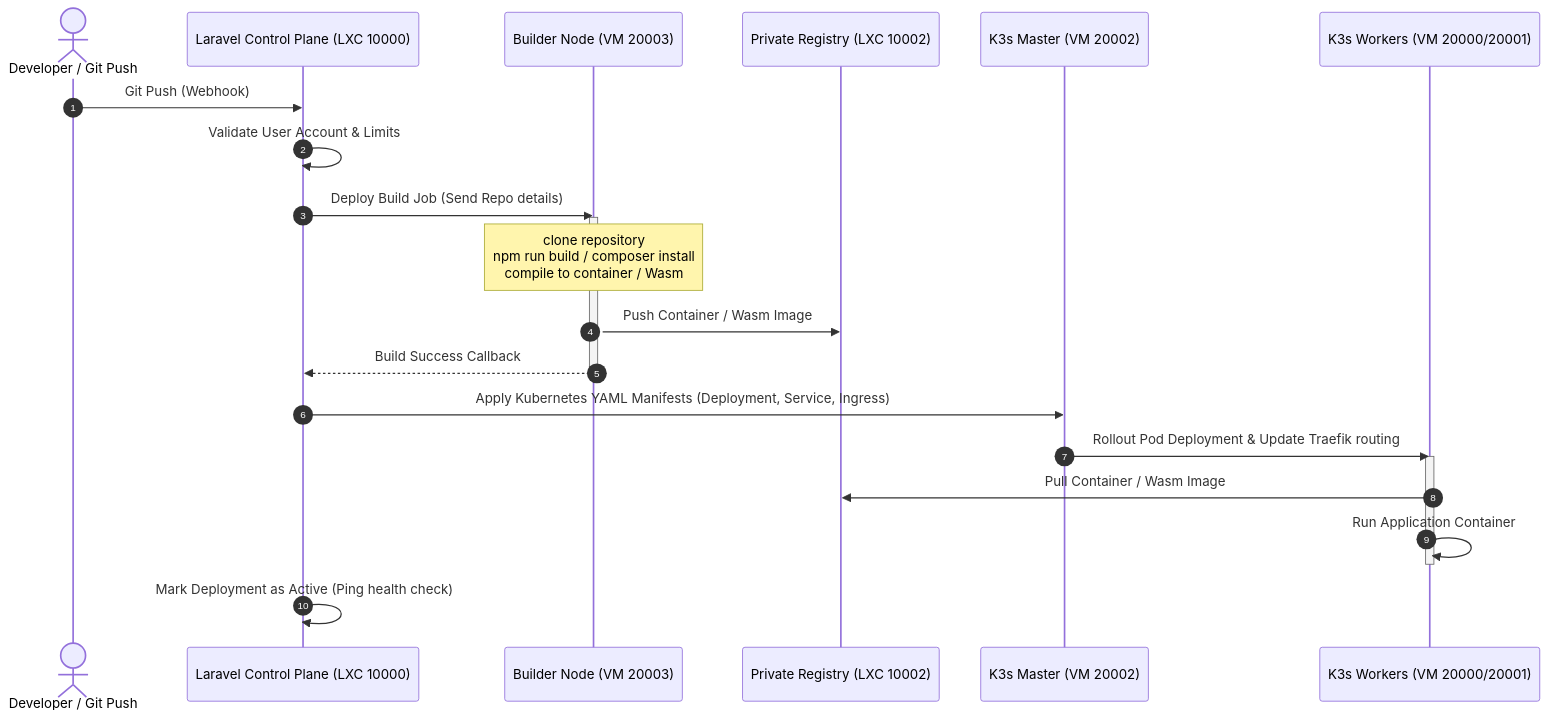
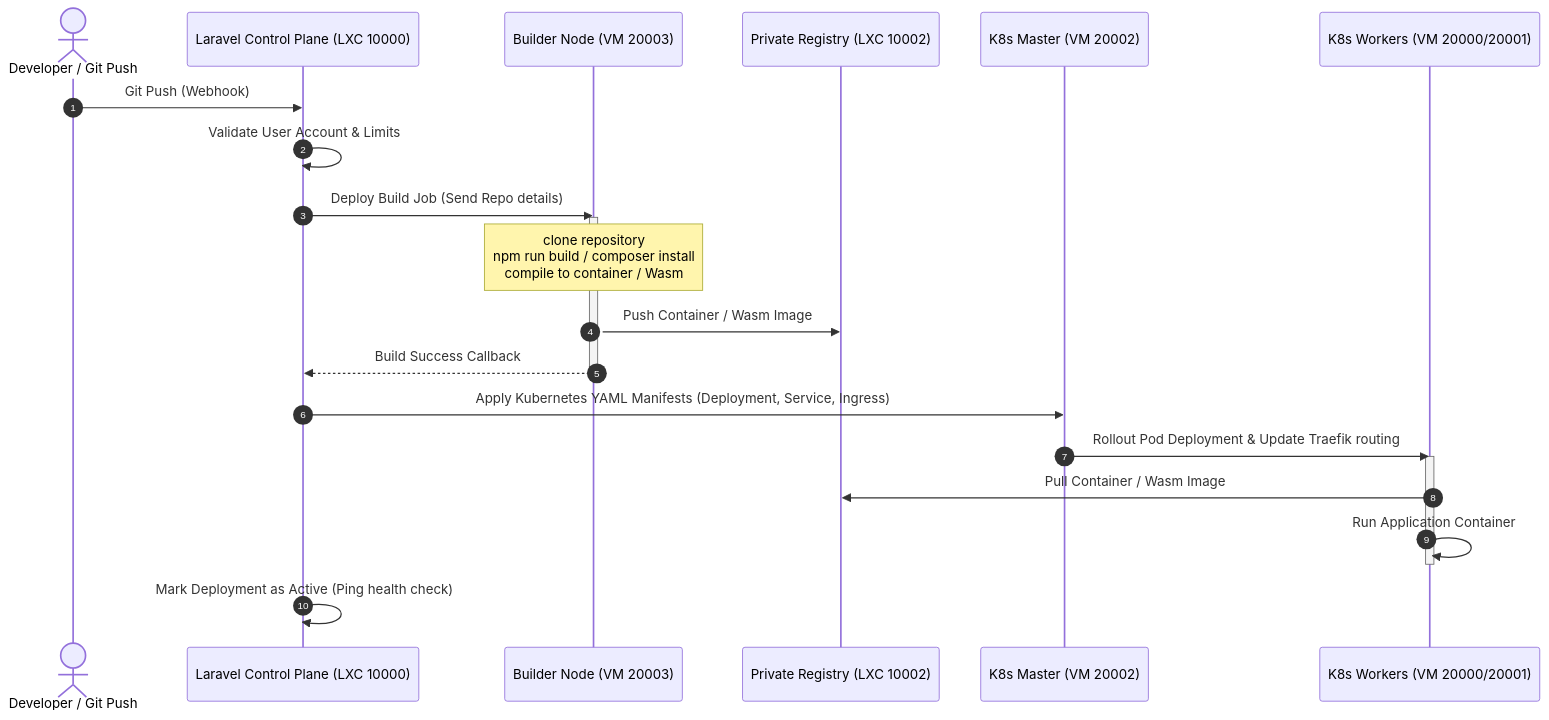
The second of 2 diagrams in network_k8s_architecture.md (dyzulk/dyzulk-cloud), drawn with Mermaid before and after one commit. The commit also changed other lines of this file and 2 other files, not shown here.

Commit message:
docs: implement standard vanilla K8s kubeadm guide and architecture updates

````diff
--- a/network_k8s_architecture.md
+++ b/network_k8s_architecture.md
@@ -214,29 +214,29 @@
 ```mermaid
 sequenceDiagram
     autonumber
     actor Developer as Developer / Git Push
     participant Laravel as Laravel Control Plane (LXC 10000)
     participant Builder as Builder Node (VM 20003)
     participant Registry as Private Registry (LXC 10002)
-    participant K3s_Master as K3s Master (VM 20002)
-    participant Workers as K3s Workers (VM 20000/20001)
+    participant K8s_Master as K8s Master (VM 20002)
+    participant Workers as K8s Workers (VM 20000/20001)
     
     Developer ->> Laravel: Git Push (Webhook)
     Laravel ->> Laravel: Validate User Account & Limits
     Laravel ->> Builder: Deploy Build Job (Send Repo details)
     
     activate Builder
     Note over Builder: clone repository<br/>npm run build / composer install<br/>compile to container / Wasm
     Builder ->> Registry: Push Container / Wasm Image
     Builder -->> Laravel: Build Success Callback
     deactivate Builder
     
-    Laravel ->> K3s_Master: Apply Kubernetes YAML Manifests (Deployment, Service, Ingress)
-    K3s_Master ->> Workers: Rollout Pod Deployment & Update Traefik routing
+    Laravel ->> K8s_Master: Apply Kubernetes YAML Manifests (Deployment, Service, Ingress)
+    K8s_Master ->> Workers: Rollout Pod Deployment & Update Traefik routing
     activate Workers
     Workers ->> Registry: Pull Container / Wasm Image
     Workers ->> Workers: Run Application Container
     deactivate Workers
     
     Laravel ->> Laravel: Mark Deployment as Active (Ping health check)
 ```
````
